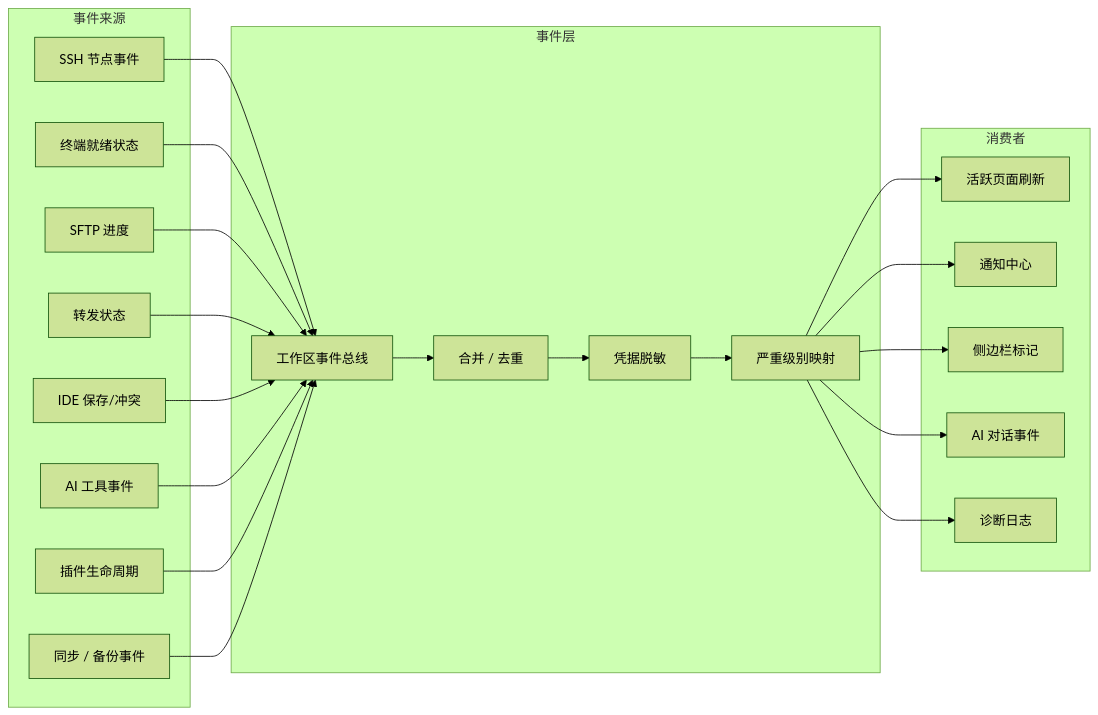
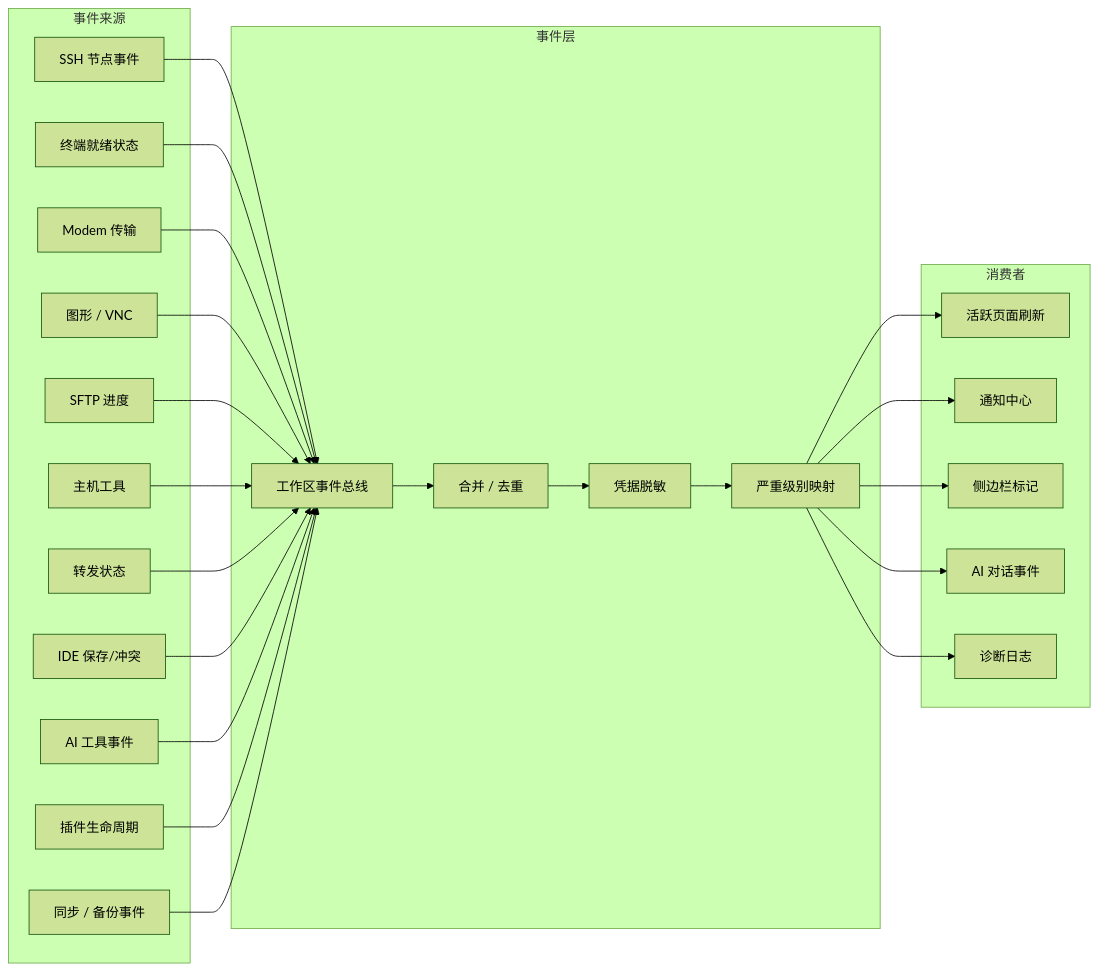
Diagram 15 of 15 in docs/user-guide/zh-Hans/architecture.md (AnalyseDeCircuit/oxideterm), drawn with Mermaid (forest theme) before and after one commit. The commit also changed other lines of this file and 17 other files, not shown here.

Commit message:
docs: refresh native architecture guide

````diff
--- a/docs/user-guide/zh-Hans/architecture.md
+++ b/docs/user-guide/zh-Hans/architecture.md
@@ -1472,43 +1622,49 @@
 ```mermaid
 flowchart LR
     subgraph Sources["事件来源"]
         SSH["SSH 节点事件"]
         Term["终端就绪状态"]
+        Modem["Modem 传输"]
+        Graphics["图形 / VNC"]
         SFTP["SFTP 进度"]
+        HostTools["主机工具"]
         Forward["转发状态"]
         IDE["IDE 保存/冲突"]
         AI["AI 工具事件"]
         Plugin["插件生命周期"]
         Sync["同步 / 备份事件"]
     end
 
     subgraph EventLayer["事件层"]
         Bus["工作区事件总线"]
         Coalesce["合并 / 去重"]
         Redact["凭据脱敏"]
         Severity["严重级别映射"]
     end
 
     subgraph Consumers["消费者"]
         ActiveSurface["活跃页面刷新"]
         Notifications["通知中心"]
         Badges["侧边栏标记"]
         Transcript["AI 对话事件"]
         Logs["诊断日志"]
     end
 
     SSH --> Bus
     Term --> Bus
+    Modem --> Bus
+    Graphics --> Bus
     SFTP --> Bus
+    HostTools --> Bus
     Forward --> Bus
     IDE --> Bus
     AI --> Bus
     Plugin --> Bus
     Sync --> Bus
     Bus --> Coalesce --> Redact --> Severity
     Severity --> ActiveSurface
     Severity --> Notifications
     Severity --> Badges
     Severity --> Transcript
     Severity --> Logs
 ```
````
